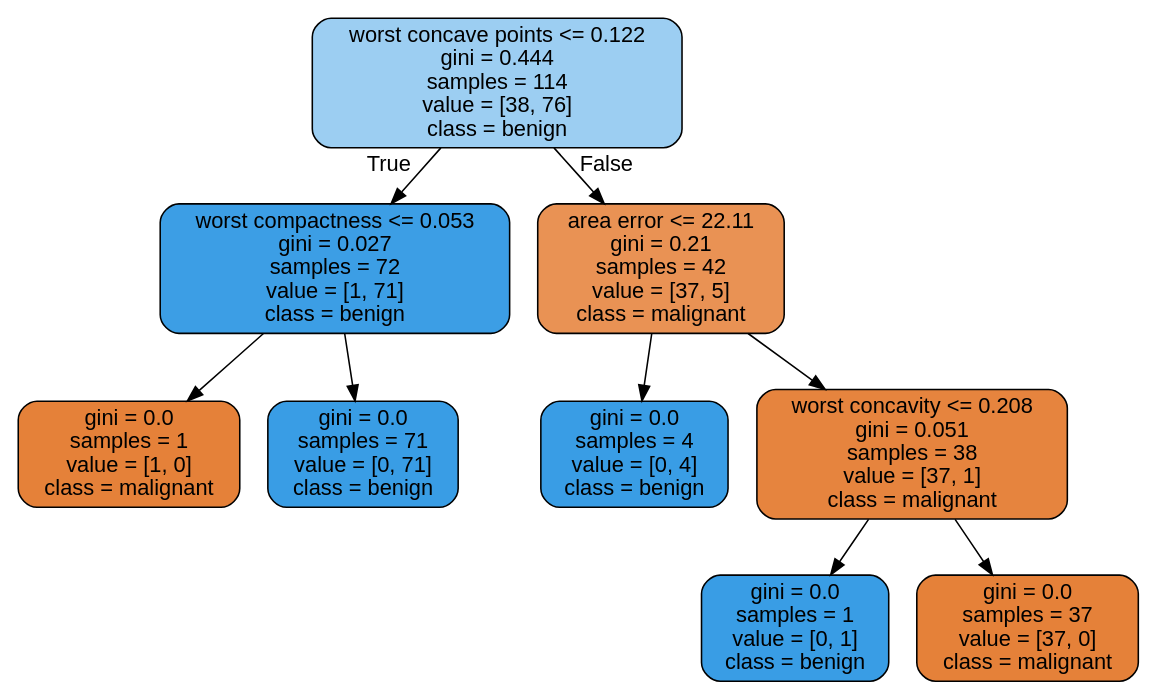
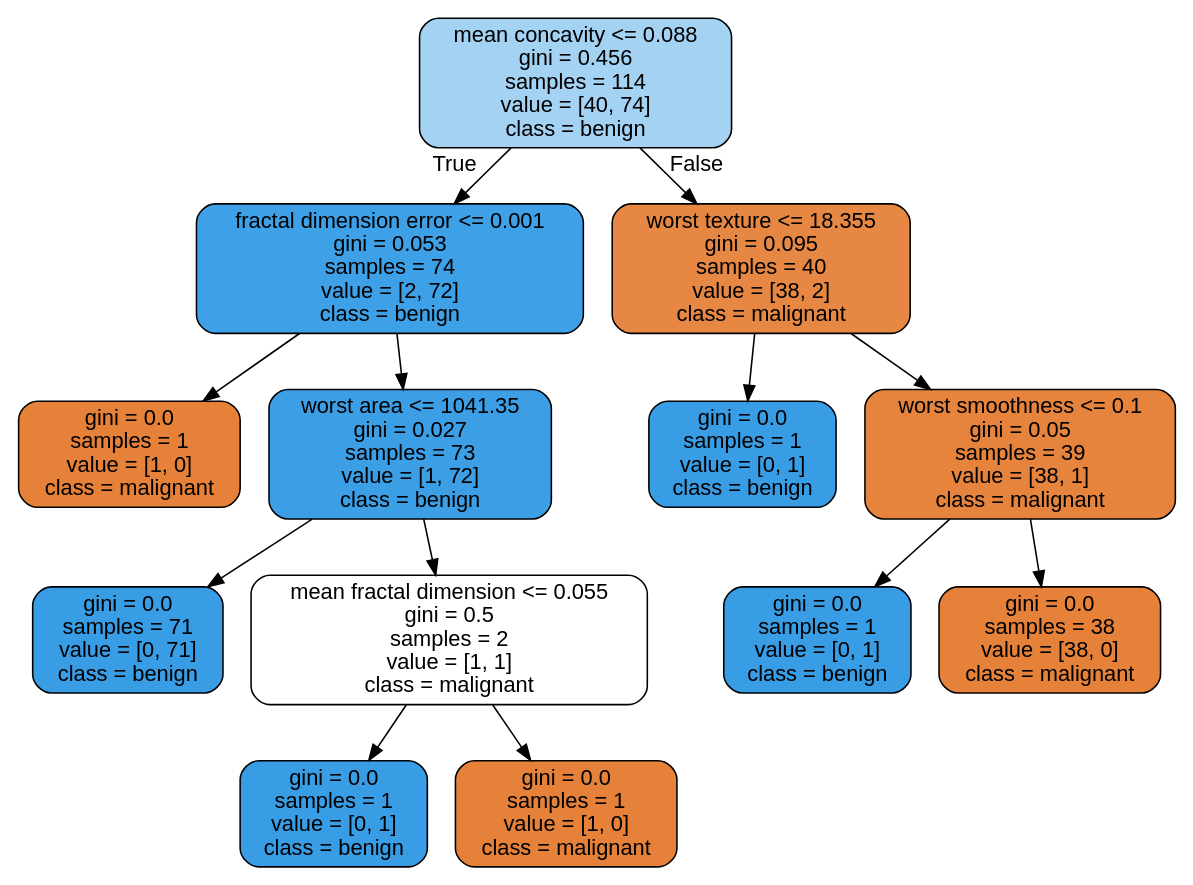
The diagram in images/decision_trees/cancer_tree_test.dot (JoseDeJesusMendozaBecerril/Practica4_MineriaDeDatos), drawn with Graphviz before and after one commit. The commit also changed 10 other files, not shown here.

```diff
--- a/images/decision_trees/cancer_tree_test.dot
+++ b/images/decision_trees/cancer_tree_test.dot
@@ -1,21 +1,29 @@
 digraph Tree {
 node [shape=box, style="filled, rounded", color="black", fontname=helvetica] ;
 edge [fontname=helvetica] ;
-0 [label="worst concave points <= 0.122\ngini = 0.444\nsamples = 114\nvalue = [38, 76]\nclass = benign", fillcolor="#9ccef2"] ;
-1 [label="worst compactness <= 0.053\ngini = 0.027\nsamples = 72\nvalue = [1, 71]\nclass = benign", fillcolor="#3c9ee5"] ;
+0 [label="mean concavity <= 0.088\ngini = 0.456\nsamples = 114\nvalue = [40, 74]\nclass = benign", fillcolor="#a4d2f3"] ;
+1 [label="fractal dimension error <= 0.001\ngini = 0.053\nsamples = 74\nvalue = [2, 72]\nclass = benign", fillcolor="#3ea0e6"] ;
 0 -> 1 [labeldistance=2.5, labelangle=45, headlabel="True"] ;
 2 [label="gini = 0.0\nsamples = 1\nvalue = [1, 0]\nclass = malignant", fillcolor="#e58139"] ;
 1 -> 2 ;
-3 [label="gini = 0.0\nsamples = 71\nvalue = [0, 71]\nclass = benign", fillcolor="#399de5"] ;
+3 [label="worst area <= 1041.35\ngini = 0.027\nsamples = 73\nvalue = [1, 72]\nclass = benign", fillcolor="#3c9ee5"] ;
 1 -> 3 ;
-4 [label="area error <= 22.11\ngini = 0.21\nsamples = 42\nvalue = [37, 5]\nclass = malignant", fillcolor="#e99254"] ;
-0 -> 4 [labeldistance=2.5, labelangle=-45, headlabel="False"] ;
-5 [label="gini = 0.0\nsamples = 4\nvalue = [0, 4]\nclass = benign", fillcolor="#399de5"] ;
-4 -> 5 ;
-6 [label="worst concavity <= 0.208\ngini = 0.051\nsamples = 38\nvalue = [37, 1]\nclass = malignant", fillcolor="#e6843e"] ;
-4 -> 6 ;
-7 [label="gini = 0.0\nsamples = 1\nvalue = [0, 1]\nclass = benign", fillcolor="#399de5"] ;
-6 -> 7 ;
-8 [label="gini = 0.0\nsamples = 37\nvalue = [37, 0]\nclass = malignant", fillcolor="#e58139"] ;
-6 -> 8 ;
+4 [label="gini = 0.0\nsamples = 71\nvalue = [0, 71]\nclass = benign", fillcolor="#399de5"] ;
+3 -> 4 ;
+5 [label="mean fractal dimension <= 0.055\ngini = 0.5\nsamples = 2\nvalue = [1, 1]\nclass = malignant", fillcolor="#ffffff"] ;
+3 -> 5 ;
+6 [label="gini = 0.0\nsamples = 1\nvalue = [0, 1]\nclass = benign", fillcolor="#399de5"] ;
+5 -> 6 ;
+7 [label="gini = 0.0\nsamples = 1\nvalue = [1, 0]\nclass = malignant", fillcolor="#e58139"] ;
+5 -> 7 ;
+8 [label="worst texture <= 18.355\ngini = 0.095\nsamples = 40\nvalue = [38, 2]\nclass = malignant", fillcolor="#e68843"] ;
+0 -> 8 [labeldistance=2.5, labelangle=-45, headlabel="False"] ;
+9 [label="gini = 0.0\nsamples = 1\nvalue = [0, 1]\nclass = benign", fillcolor="#399de5"] ;
+8 -> 9 ;
+10 [label="worst smoothness <= 0.1\ngini = 0.05\nsamples = 39\nvalue = [38, 1]\nclass = malignant", fillcolor="#e6843e"] ;
+8 -> 10 ;
+11 [label="gini = 0.0\nsamples = 1\nvalue = [0, 1]\nclass = benign", fillcolor="#399de5"] ;
+10 -> 11 ;
+12 [label="gini = 0.0\nsamples = 38\nvalue = [38, 0]\nclass = malignant", fillcolor="#e58139"] ;
+10 -> 12 ;
 }
```
